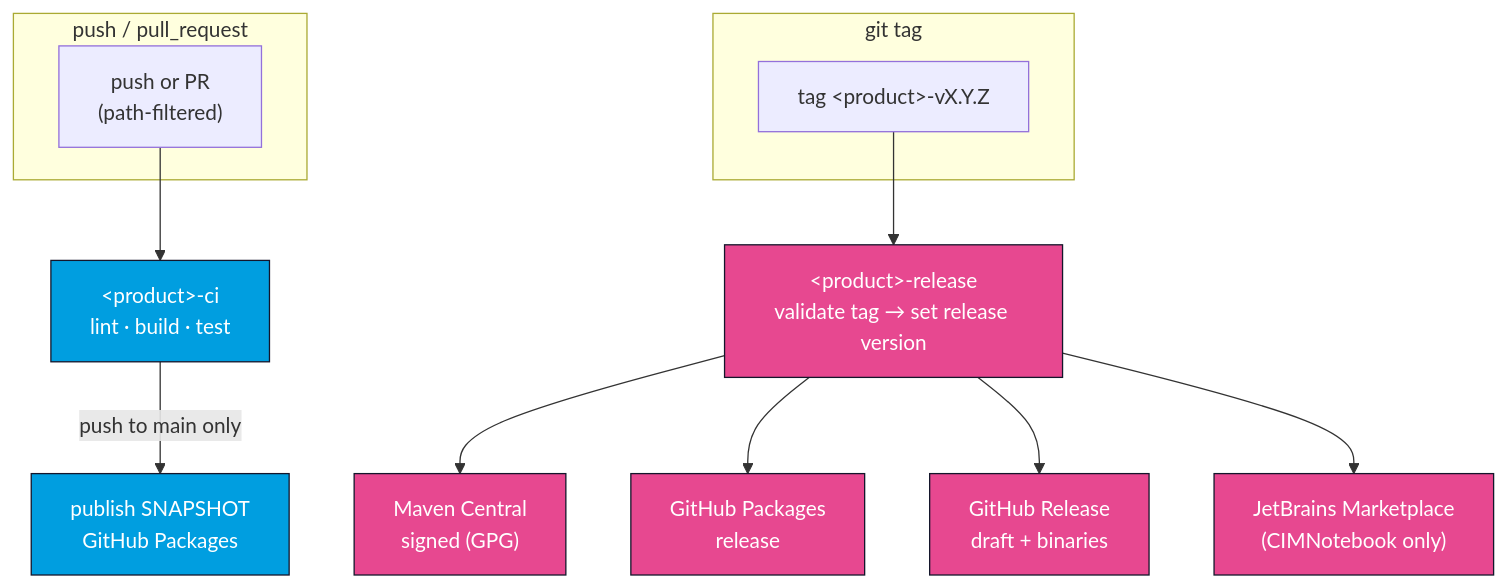
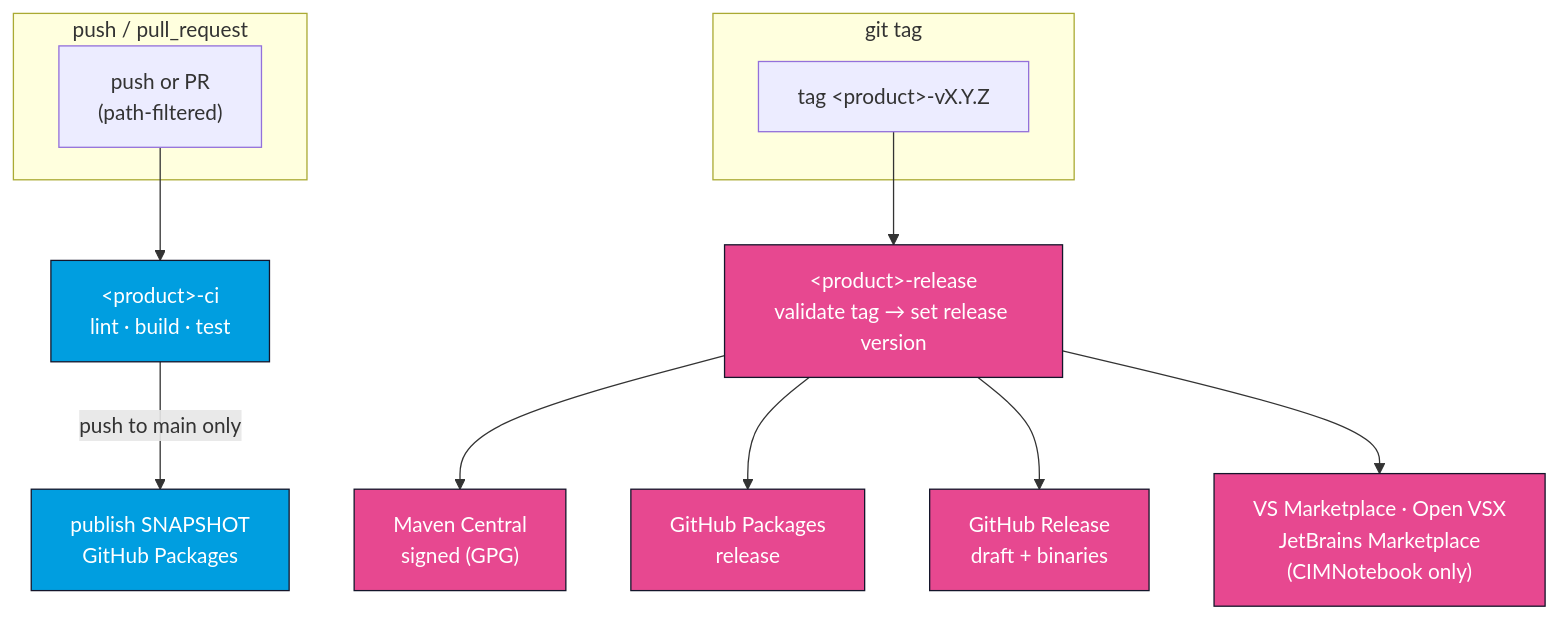
The diagram in docs/content/developer-guide/ci-and-releases.md (SOPTIM/OpenCGMES), drawn with Mermaid before and after one commit. The commit also changed other lines of this file and 3 other files, not shown here.

First line of the commit message:
feat(cicd): publish CIMNotebook to the VS Marketplace and Open VSX (#145)

````diff
--- a/docs/content/developer-guide/ci-and-releases.md
+++ b/docs/content/developer-guide/ci-and-releases.md
@@ -27,23 +27,23 @@
 ```mermaid
 graph TD
     subgraph "push / pull_request"
         PR["push or PR<br/>(path-filtered)"]
     end
     subgraph "git tag"
         TAG["tag &lt;product&gt;-vX.Y.Z"]
     end
 
     PR --> CI["&lt;product&gt;-ci<br/>lint · build · test"]
     CI -->|"push to main only"| SNAP["publish SNAPSHOT<br/>GitHub Packages"]
 
     TAG --> REL["&lt;product&gt;-release<br/>validate tag → set release version"]
     REL --> CENTRAL["Maven Central<br/>signed (GPG)"]
     REL --> GHPKG["GitHub Packages<br/>release"]
     REL --> GHREL["GitHub Release<br/>draft + binaries"]
-    REL --> MKT["JetBrains Marketplace<br/>(CIMNotebook only)"]
+    REL --> MKT["VS Marketplace · Open VSX<br/>JetBrains Marketplace<br/>(CIMNotebook only)"]
 
     classDef ci fill:#009EE0,stroke:#14162B,color:#fff;
     classDef rel fill:#E74890,stroke:#14162B,color:#fff;
     class CI,SNAP ci;
     class REL,CENTRAL,GHPKG,GHREL,MKT rel;
 ```
````
